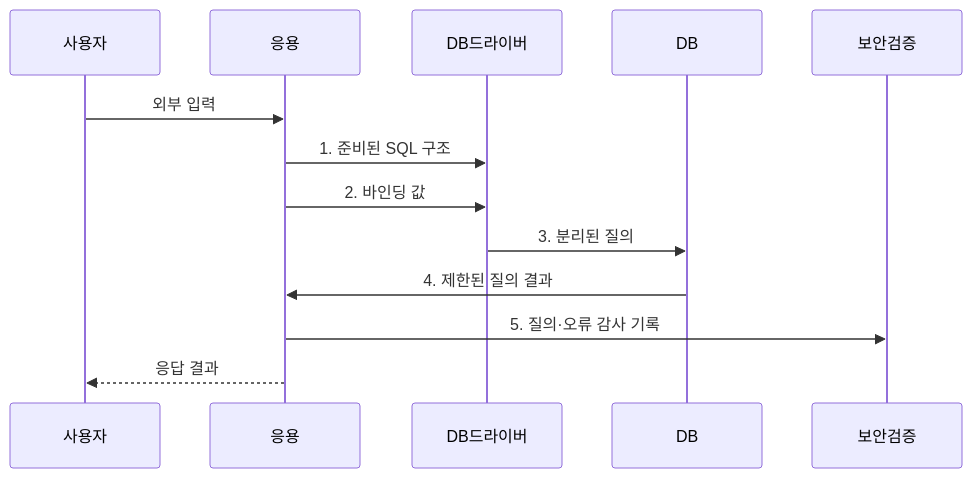
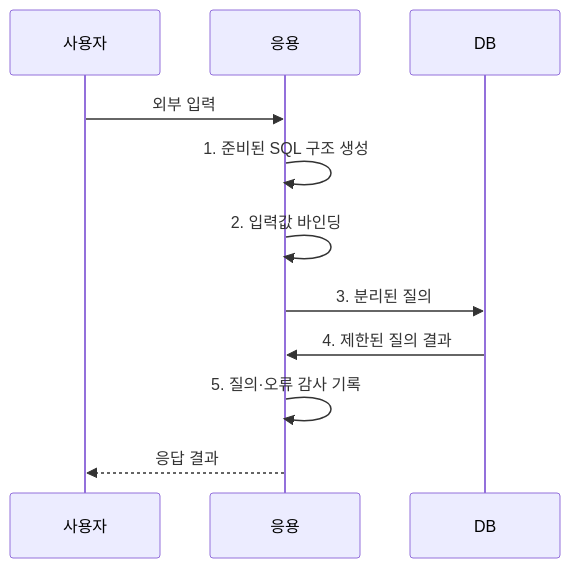
One commit to agnusdei1207/knowledge-base changed the second of 2 diagrams in src/content/docs/notes/05-security/046_sql_injection.md. Above: the diagram before and after it, drawn with Mermaid. The commit also changed other lines of this file and 8 other files, not shown here.

````diff
--- a/src/content/docs/notes/05-security/046_sql_injection.md
+++ b/src/content/docs/notes/05-security/046_sql_injection.md
@@ -100,15 +100,13 @@
 ```mermaid
 sequenceDiagram
     participant 사용자
     participant 응용
-    participant DB드라이버
     participant DB
-    participant 보안검증
     사용자->>응용: 외부 입력
-    응용->>DB드라이버: 1. 준비된 SQL 구조
-    응용->>DB드라이버: 2. 바인딩 값
-    DB드라이버->>DB: 3. 분리된 질의
+    응용->>응용: 1. 준비된 SQL 구조 생성
+    응용->>응용: 2. 입력값 바인딩
+    응용->>DB: 3. 분리된 질의
     DB->>응용: 4. 제한된 질의 결과
-    응용->>보안검증: 5. 질의·오류 감사 기록
+    응용->>응용: 5. 질의·오류 감사 기록
     응용-->>사용자: 응답 결과
 ```
````
